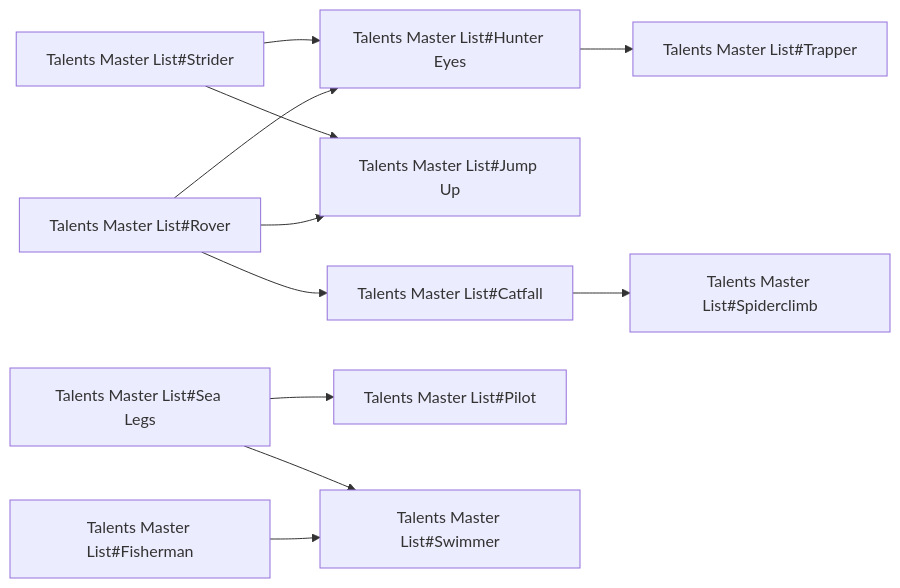
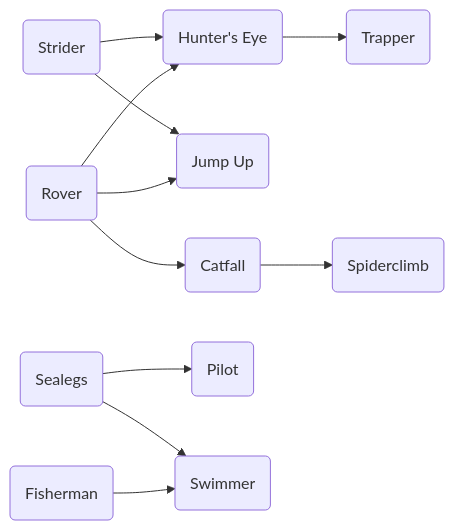
The diagram in content/Characters/Adventurer Talents.md (donutrj/verdigris2), drawn with Mermaid before and after one commit.

Commit message:
Quartz sync: Jul 15, 2024, 6:59 PM

````diff
--- a/content/Characters/Adventurer Talents.md
+++ b/content/Characters/Adventurer Talents.md
@@ -2,28 +2,26 @@
 ``` mermaid
 graph LR
 
-A[Talents Master List#Rover]
-B[Talents Master List#Hunter Eyes]
-C[Talents Master List#Strider]
-D[Talents Master List#Jump Up]
-E[Talents Master List#Trapper]
-F[Talents Master List#Catfall]
-G[Talents Master List#Spiderclimb]
-H[Talents Master List#Sea Legs]
-I[Talents Master List#Pilot]
-J[Talents Master List#Swimmer]
-K[Talents Master List#Fisherman]
+A(Rover)
+B(Hunter's Eye)
+C(Strider)
+D(Jump Up)
+E(Trapper)
+F(Catfall)
+G(Spiderclimb)
+H(Sealegs)
+I(Pilot)
+J(Swimmer)
+K(Fisherman)
 
 C --> B
 A --> B
 C --> D
 A --> D
 B --> E
 A --> F
 F --> G
 H --> I
 H --> J
 K --> J
-
-class A,B,C,D,E,F,G,H,I,J,K,L,M,N,O,P,Q,R,S,T,U,V,W,X,Y,Z internal-link;
 ```
````
